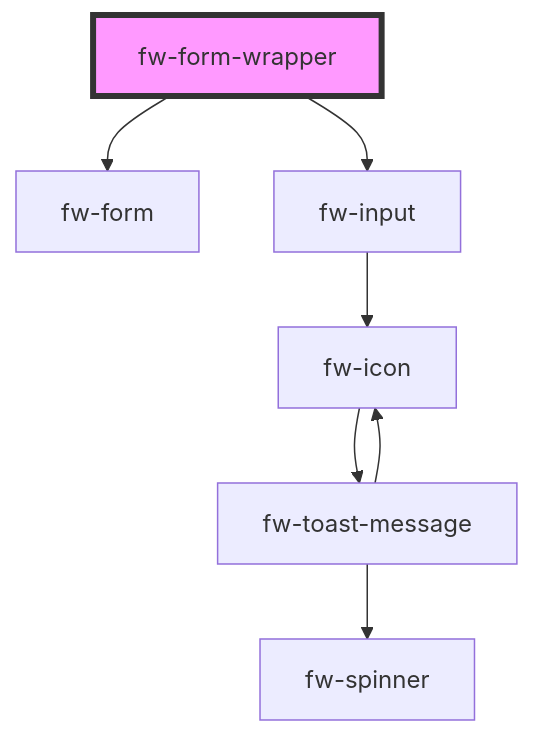
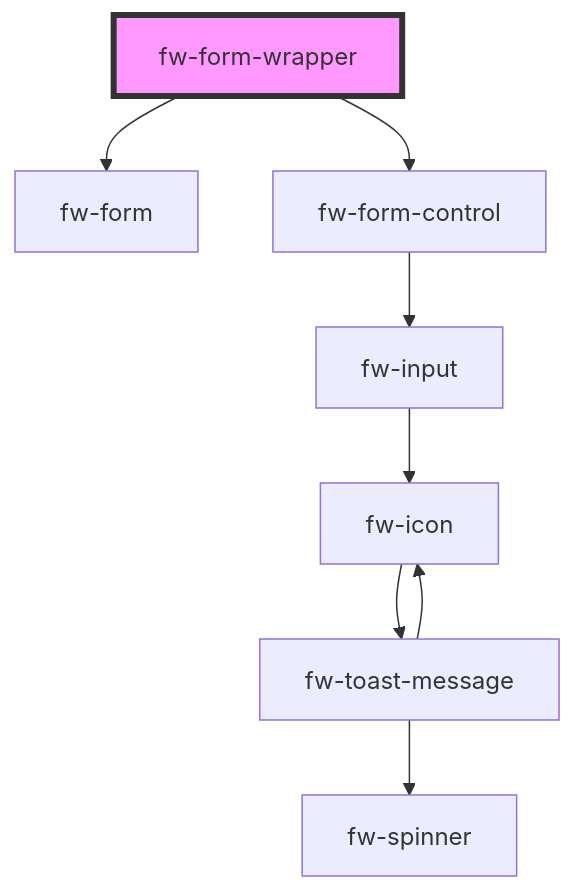
The diagram in packages/crayons-core/src/components/form-wrapper/readme.md (freshworks/crayons), drawn with Mermaid before and after one commit. The commit also changed other lines of this file and 10 other files, not shown here.

Commit message:
feat(fw-form-control): form control wrapper to handle label and error

````diff
--- a/packages/crayons-core/src/components/form-wrapper/readme.md
+++ b/packages/crayons-core/src/components/form-wrapper/readme.md
@@ -26,10 +26,11 @@
 ```mermaid
 graph TD;
   fw-form-wrapper --> fw-form
-  fw-form-wrapper --> fw-input
+  fw-form-wrapper --> fw-form-control
+  fw-form-control --> fw-input
   fw-input --> fw-icon
   fw-icon --> fw-toast-message
   fw-toast-message --> fw-spinner
   fw-toast-message --> fw-icon
   style fw-form-wrapper fill:#f9f,stroke:#333,stroke-width:4px
 ```
````
